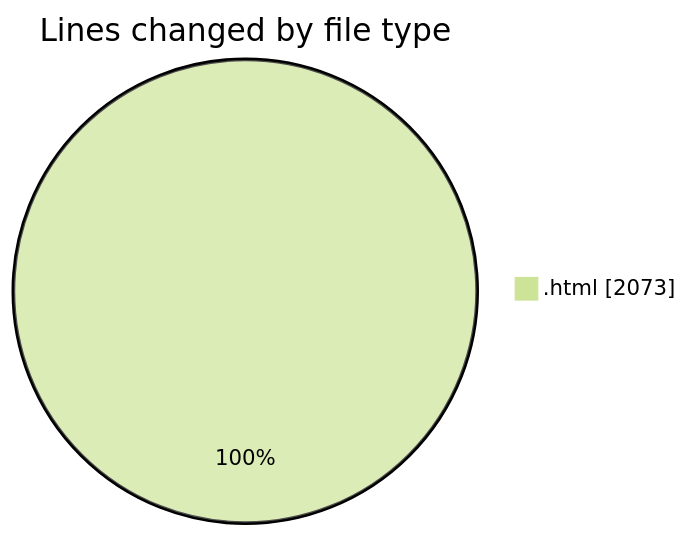
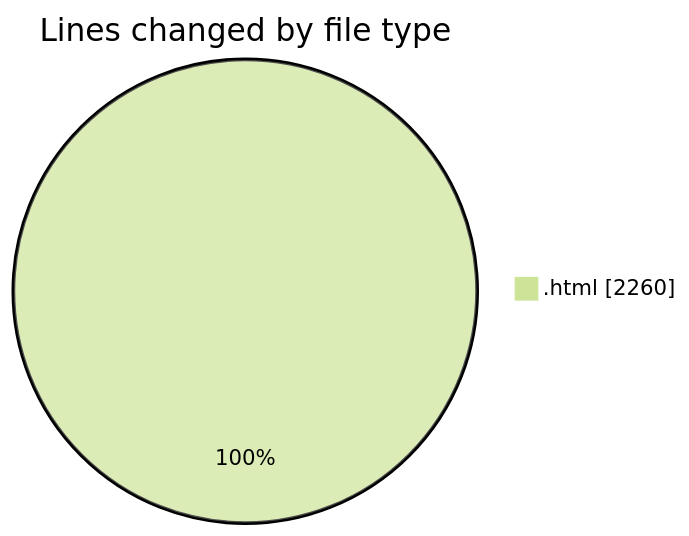
The first of 2 diagrams in 2025-08-08/nxtqube_webapp/README.md (nxtqubesakshisongat/code-tracking), drawn with Mermaid (forest theme) before and after one commit. The commit also changed other lines of this file and 1 other file, not shown here.

````diff
--- a/2025-08-08/nxtqube_webapp/README.md
+++ b/2025-08-08/nxtqube_webapp/README.md
@@ -20,5 +20,5 @@
 ```mermaid
 pie showData
 title Lines changed by file type
-".html" : 2073
+".html" : 2260
 ```
````
